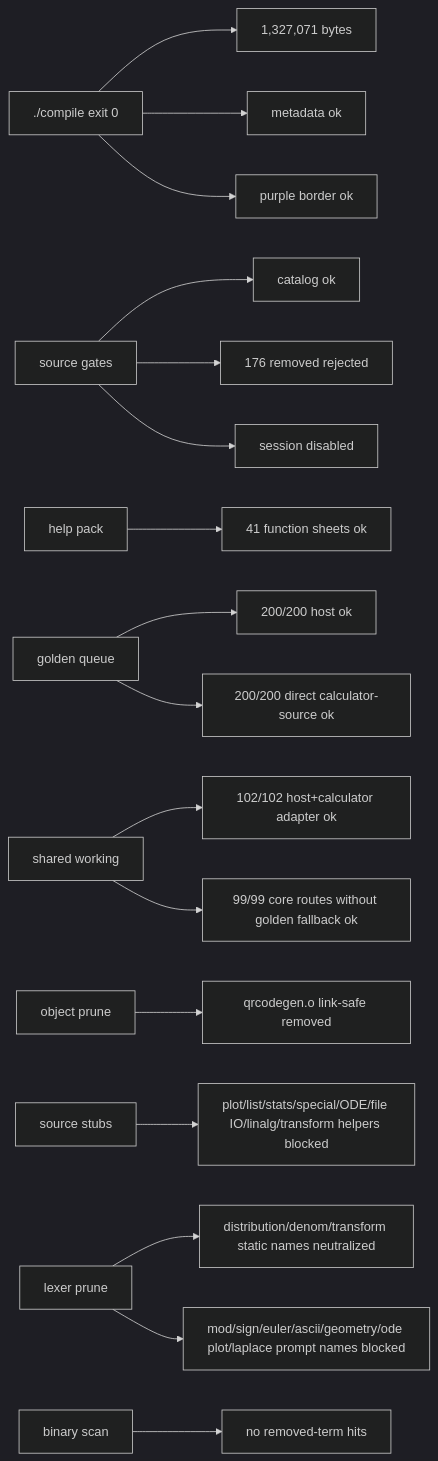
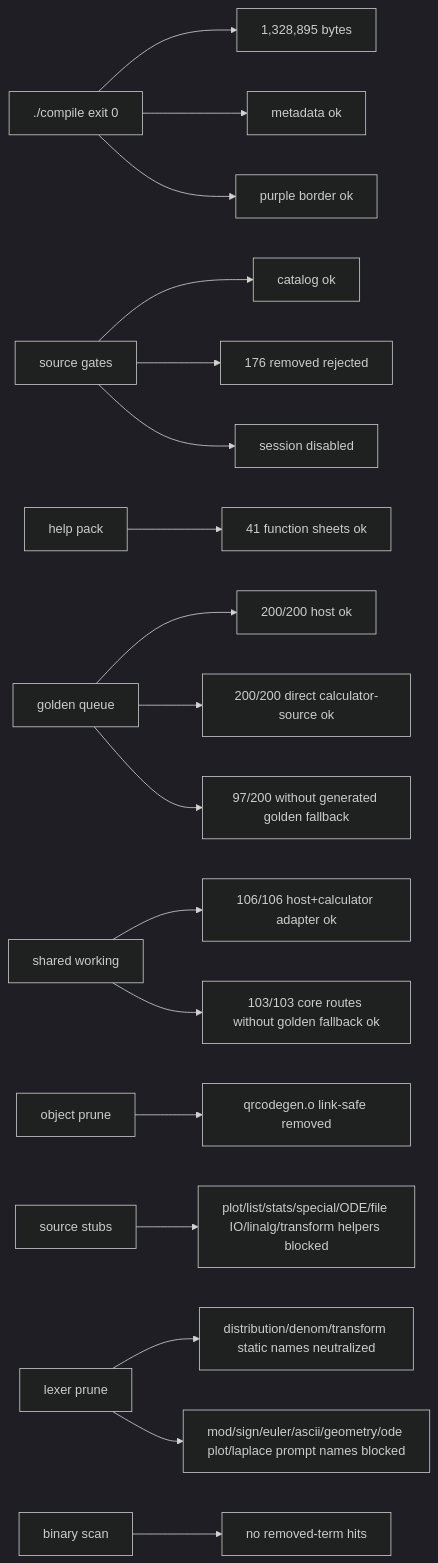
The seventh of 7 diagrams in docs/GRAPH.md (james8464/notes-addin-casio-fx-cg50), drawn with Mermaid (dark theme) before and after one commit. The commit also changed other lines of this file and 4 other files, not shown here.

````diff
--- a/docs/GRAPH.md
+++ b/docs/GRAPH.md
@@ -146,19 +148,20 @@
 ```mermaid
 graph LR
-  Build["./compile exit 0"] --> Size["1,327,071 bytes"]
+  Build["./compile exit 0"] --> Size["1,328,895 bytes"]
   Build --> Meta["metadata ok"]
   Build --> Border["purple border ok"]
   Source["source gates"] --> Catalog["catalog ok"]
   Source --> Removed["176 removed rejected"]
   Source --> Session["session disabled"]
   Help["help pack"] --> HelpQ["41 function sheets ok"]
   Queue["golden queue"] --> QueueRun["200/200 host ok"]
   Queue --> GoldenRun["200/200 direct calculator-source ok"]
-  Shared["shared working"] --> SharedRun["102/102 host+calculator adapter ok"]
-  Shared --> CoreRun["99/99 core routes without golden fallback ok"]
+  Queue --> NoGolden["97/200 without generated golden fallback"]
+  Shared["shared working"] --> SharedRun["106/106 host+calculator adapter ok"]
+  Shared --> CoreRun["103/103 core routes without golden fallback ok"]
   Obj["object prune"] --> QR["qrcodegen.o link-safe removed"]
   Macro["source stubs"] --> Stubbed["plot/list/stats/special/ODE/file IO/linalg/transform helpers blocked"]
   Static["lexer prune"] --> StaticRun["distribution/denom/transform static names neutralized"]
   Static --> PromptRun["mod/sign/euler/ascii/geometry/ode plot/laplace prompt names blocked"]
   Bin["binary scan"] --> NoLeak["no removed-term hits"]
 ```
````
